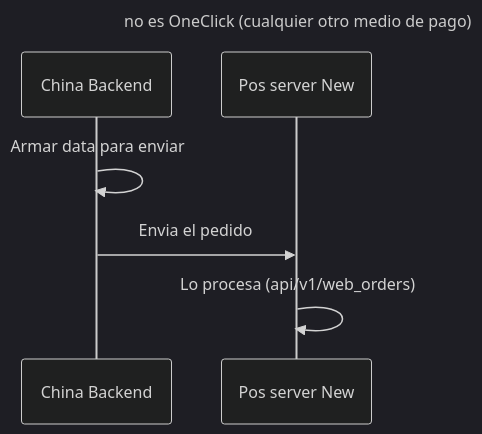
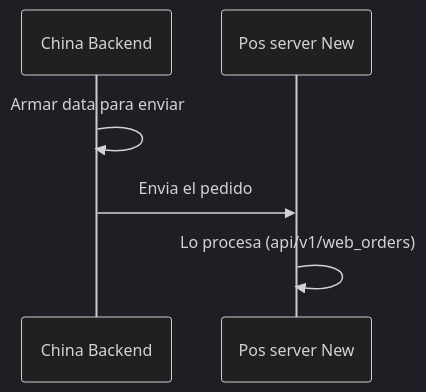
One commit to javix70/personal_obsidian changed the third of 4 diagrams in 100_niufoods/03_projects/china_backend/documentation/orders/diagramns.md. Above: the diagram before and after it, drawn with Mermaid (dark theme). The commit also changed other lines of this file and 6 other files, not shown here.

````diff
--- a/100_niufoods/03_projects/china_backend/documentation/orders/diagramns.md
+++ b/100_niufoods/03_projects/china_backend/documentation/orders/diagramns.md
@@ -91,13 +91,9 @@
 ```mermaid
----
-title: no es OneClick (cualquier otro medio de pago)
----
-
 sequenceDiagram
     participant CB as China Backend
     participant PN as Pos server New
 
 	CB->>CB: Armar data para enviar
 	CB->>PN: Envia el pedido
 	PN->>PN: Lo procesa (api/v1/web_orders)
 ```
````
